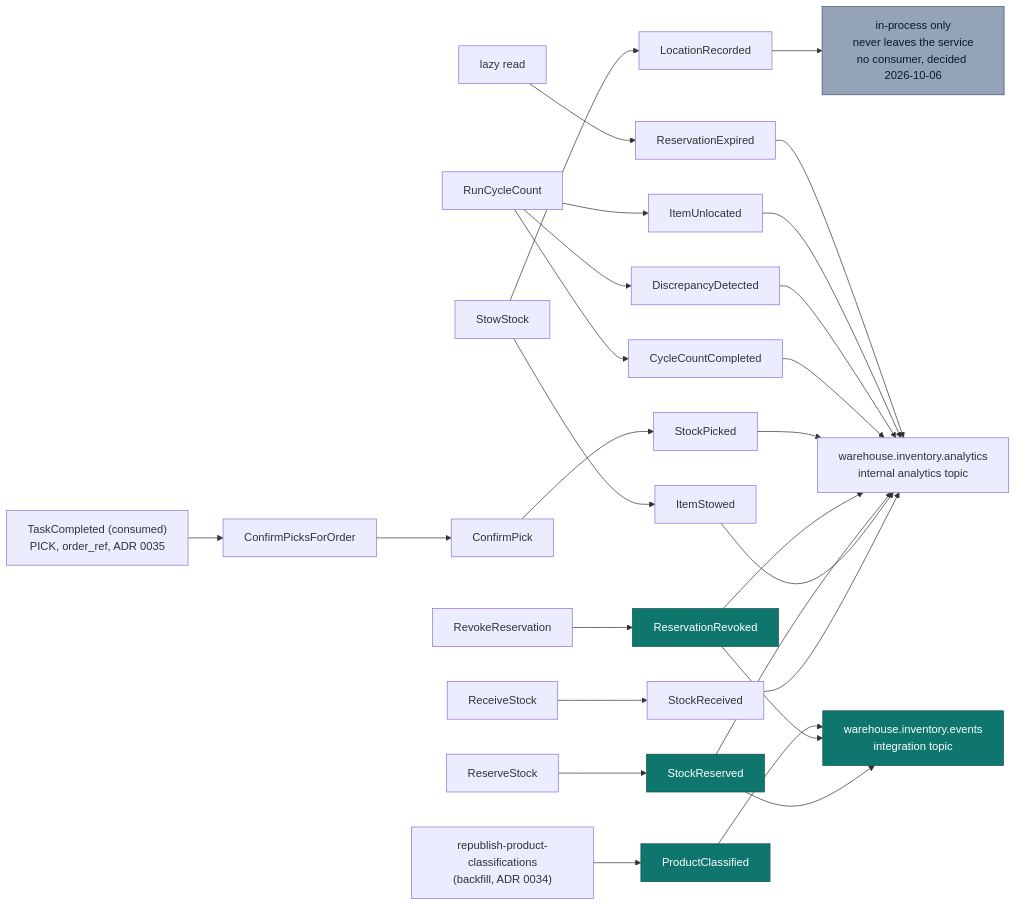
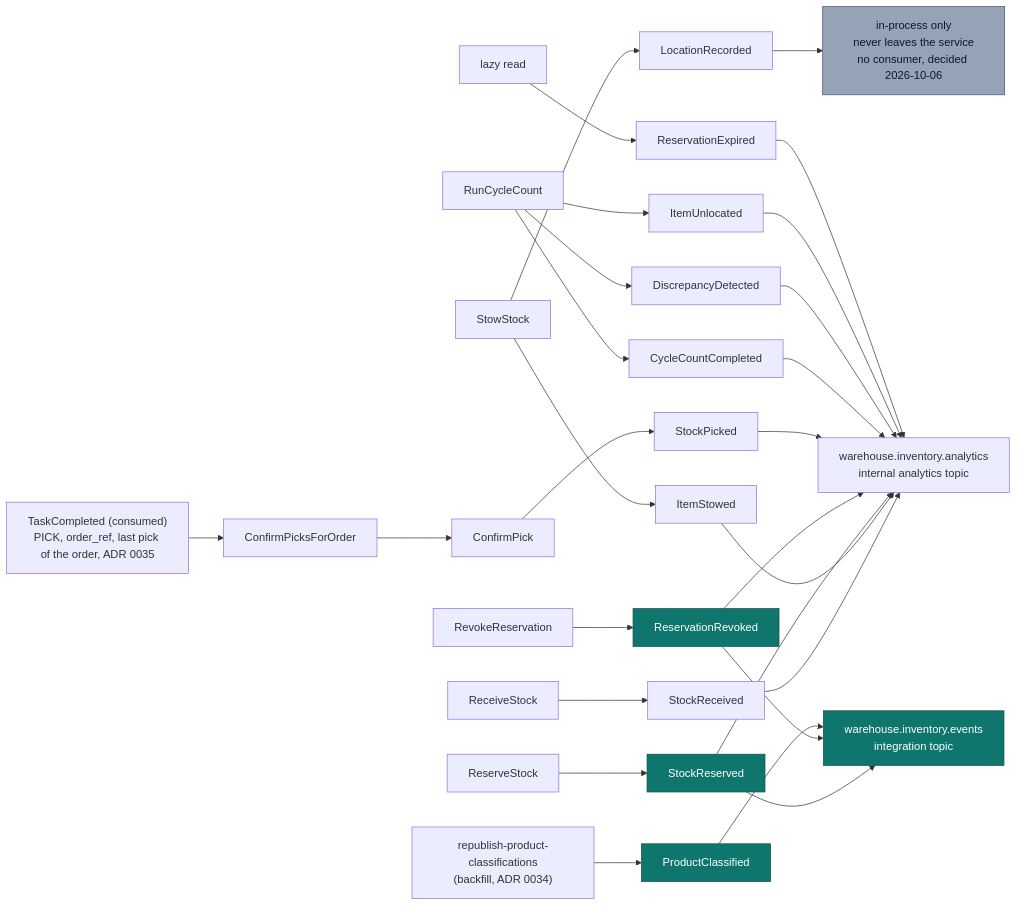
The diagram in docs/docs/ddd/domain-events.md (IQVO/inventory-storage), drawn with Mermaid before and after one commit. The commit also changed other lines of this file and 15 other files, not shown here.

First line of the commit message:
docs: confirm-pick on the order's last pick (ADR 0035, decision 17a)

````diff
--- a/docs/docs/ddd/domain-events.md
+++ b/docs/docs/ddd/domain-events.md
@@ -44,24 +44,24 @@
 ```mermaid
 flowchart LR
   RS["ReceiveStock"] --> E1["StockReceived"]
   SS["StowStock"] --> E2["ItemStowed"]
   SS --> E3["LocationRecorded"]
   RES["ReserveStock"] --> E4["StockReserved"]
   REV["RevokeReservation"] --> E5["ReservationRevoked"]
   CP["ConfirmPick"] --> E6["StockPicked"]
-  TC["TaskCompleted (consumed)<br/>PICK, order_ref, ADR 0035"] --> CPO["ConfirmPicksForOrder"] --> CP
+  TC["TaskCompleted (consumed)<br/>PICK, order_ref, last pick of the order, ADR 0035"] --> CPO["ConfirmPicksForOrder"] --> CP
   CC["RunCycleCount"] --> E7["CycleCountCompleted"]
   CC --> E8["DiscrepancyDetected"]
   CC --> E9["ItemUnlocated"]
   EXP["lazy read"] --> E10["ReservationExpired"]
   BF["republish-product-classifications<br/>(backfill, ADR 0034)"] --> E11["ProductClassified"]
 
   E4 & E5 & E11 --> KAF["warehouse.inventory.events<br/>integration topic"]
   E1 & E2 & E4 & E5 & E6 & E7 & E8 & E9 & E10 --> ANA["warehouse.inventory.analytics<br/>internal analytics topic"]
   E3 --> LOG["in-process only<br/>never leaves the service<br/>no consumer, decided 2026-10-06"]
 
   classDef wired fill:#0f766e,stroke:#134e4a,color:#fff;
   classDef local fill:#94a3b8,stroke:#475569,color:#0f172a;
   class E4,E5,E11,KAF wired;
   class LOG local;
 ```
````
